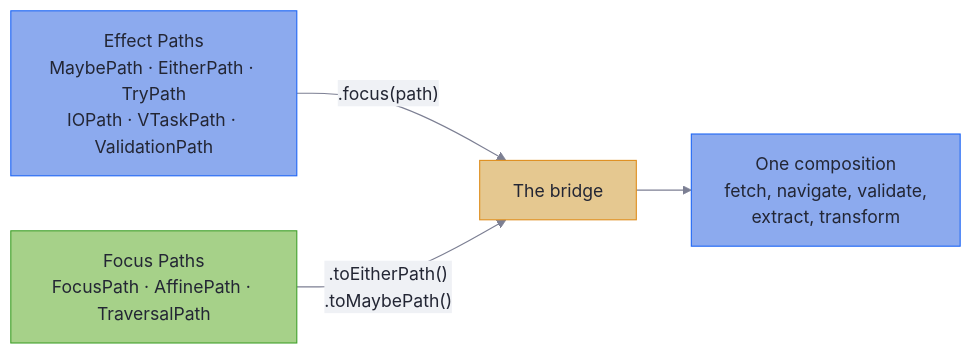
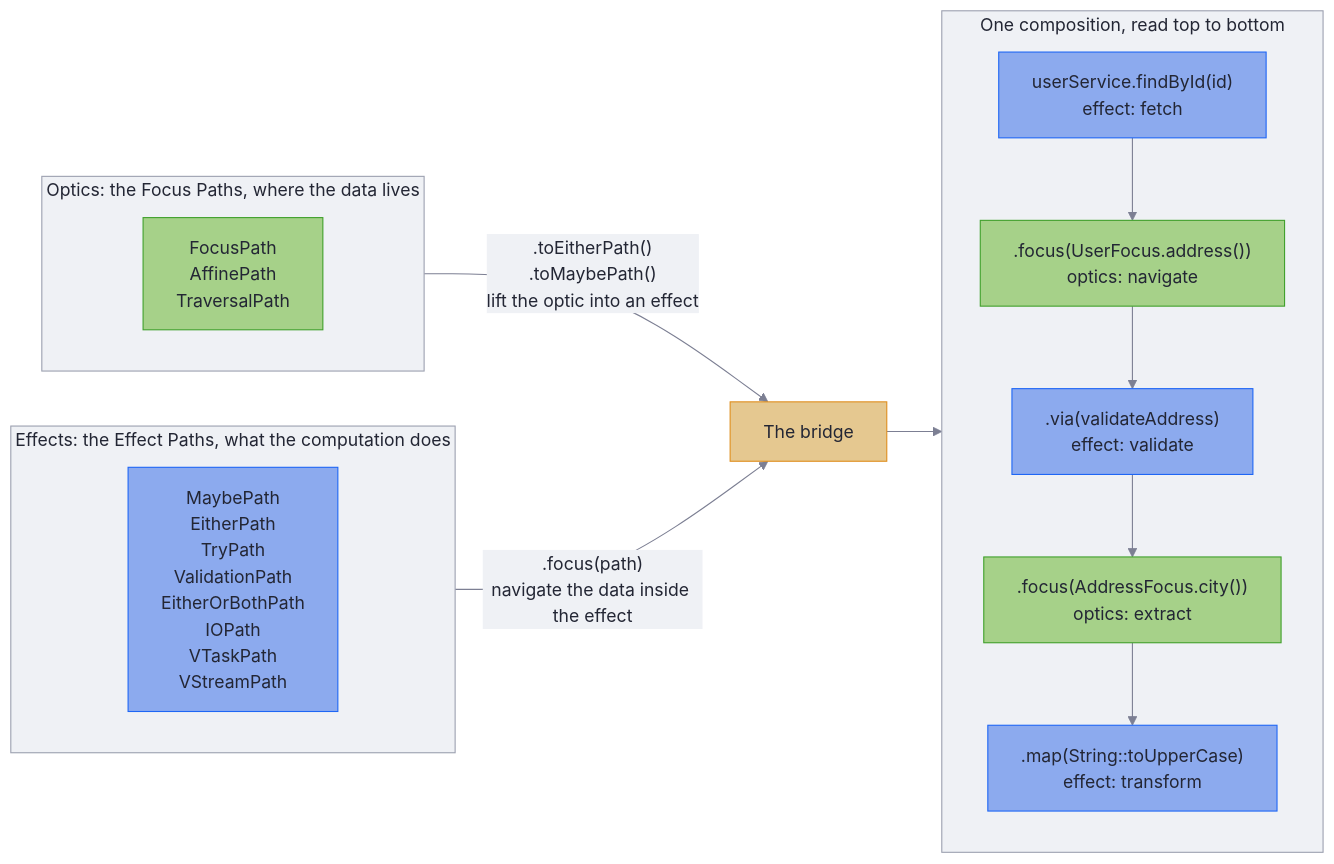
Before and after one commit to higher-kinded-j/higher-kinded-j: the first of 2 diagrams in README.md, drawn with Mermaid. The commit also changed 1 other file, not shown here.

Commit message:
Redesign the Effects-meet-Optics bridge diagram
The two domains are titled subgraphs ("Effects: the Effect Paths" and
"Optics: the Focus Paths") listing their paths one per line, the bridge
names each crossing operation on its edge, and the composition is a
top-to-bottom chain of steps coloured by the domain each one lives in,
as the ASCII original showed it. The README copy pins cluster and title
colours through its init directive so the labels read in either GitHub
theme; the book copy leaves cluster colours to the theme switch.

````diff
--- a/README.md
+++ b/README.md
@@ -134,14 +134,29 @@
 ```mermaid
-%%{init: {'theme': 'base', 'themeVariables': {'primaryColor': '#8caaee', 'primaryTextColor': '#232634', 'primaryBorderColor': '#1e66f5', 'lineColor': '#7c7f93', 'textColor': '#232634', 'edgeLabelBackground': '#eff1f5', 'fontFamily': 'inherit'}}}%%
+%%{init: {'theme': 'base', 'themeVariables': {'primaryColor': '#8caaee', 'primaryTextColor': '#232634', 'primaryBorderColor': '#1e66f5', 'lineColor': '#7c7f93', 'textColor': '#232634', 'titleColor': '#232634', 'edgeLabelBackground': '#eff1f5', 'clusterBkg': '#eff1f5', 'clusterBorder': '#9ca0b0', 'fontFamily': 'inherit'}}}%%
 flowchart LR
-    E["Effect Paths<br/>MaybePath · EitherPath · TryPath<br/>IOPath · VTaskPath · ValidationPath"] -->|".focus(path)"| B["The bridge"]
-    O["Focus Paths<br/>FocusPath · AffinePath · TraversalPath"] -->|".toEitherPath()<br/>.toMaybePath()"| B
-    B --> U["One composition<br/>fetch, navigate, validate,<br/>extract, transform"]
+    subgraph effects["Effects: the Effect Paths, what the computation does"]
+        direction TB
+        E["MaybePath<br/>EitherPath<br/>TryPath<br/>ValidationPath<br/>EitherOrBothPath<br/>IOPath<br/>VTaskPath<br/>VStreamPath"]
+    end
+    subgraph optics["Optics: the Focus Paths, where the data lives"]
+        direction TB
+        O["FocusPath<br/>AffinePath<br/>TraversalPath"]
+    end
+    E -->|".focus(path)<br/>navigate the data inside the effect"| B["The bridge"]
+    O -->|".toEitherPath()<br/>.toMaybePath()<br/>lift the optic into an effect"| B
+    subgraph one["One composition, read top to bottom"]
+        direction TB
+        S1["userService.findById(id)<br/>effect: fetch"] --> S2[".focus(UserFocus.address())<br/>optics: navigate"]
+        S2 --> S3[".via(validateAddress)<br/>effect: validate"]
+        S3 --> S4[".focus(AddressFocus.city())<br/>optics: extract"]
+        S4 --> S5[".map(String::toUpperCase)<br/>effect: transform"]
+    end
+    B --> S1
 
     classDef effect fill:#8caaee,stroke:#1e66f5,color:#232634
     classDef optic fill:#a6d189,stroke:#40a02b,color:#232634
     classDef bridge fill:#e5c890,stroke:#df8e1d,color:#232634
-    class E,U effect
-    class O optic
+    class E,S1,S3,S5 effect
+    class O,S2,S4 optic
     class B bridge
 ```
````
